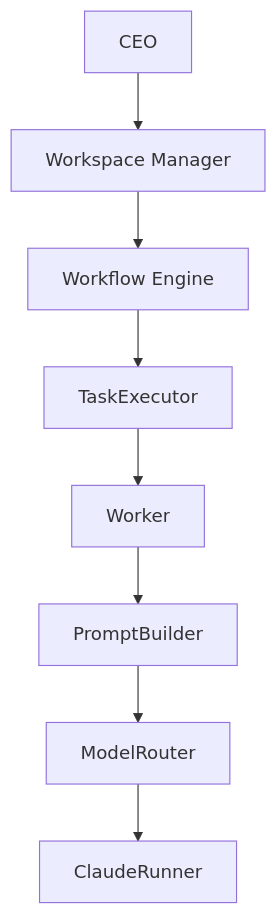
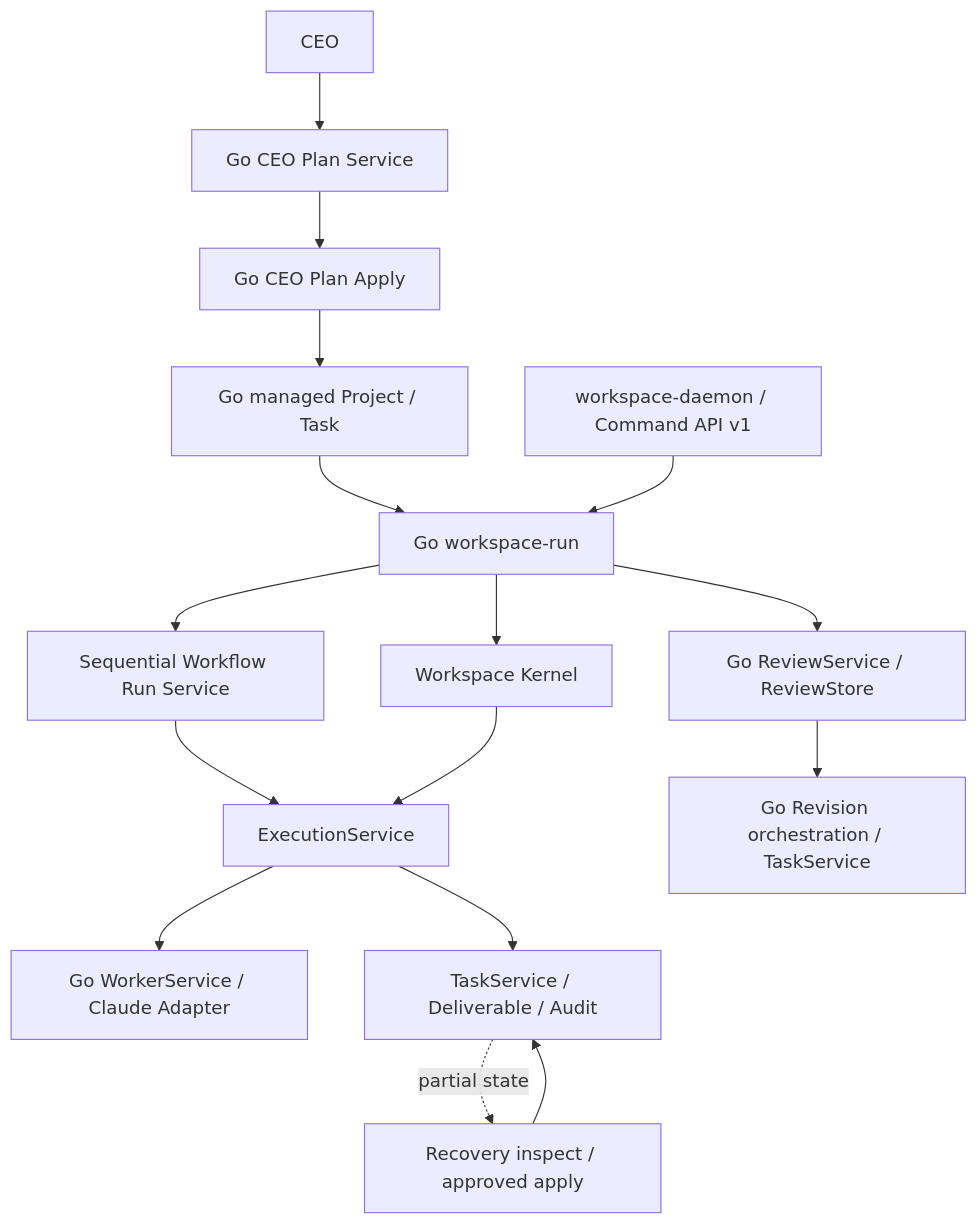
One commit to AkiraShimizu0/WorkCairn changed the diagram in docs/architecture.mmd. Above: the diagram before and after it, drawn with Mermaid. The commit also changed 217 other files, not shown here.

```diff
--- a/docs/architecture.mmd
+++ b/docs/architecture.mmd
@@ -1,8 +1,16 @@
 flowchart TD
-    CEO["CEO"] --> Manager["Workspace Manager"]
-    Manager --> Workflow["Workflow Engine"]
-    Workflow --> Executor["TaskExecutor"]
-    Executor --> Worker["Worker"]
-    Worker --> Prompt["PromptBuilder"]
-    Prompt --> Router["ModelRouter"]
-    Router --> Claude["ClaudeRunner"]
+    CEO["CEO"] --> CEOPlan["Go CEO Plan Service"]
+    CEOPlan --> CEOApply["Go CEO Plan Apply"]
+    CEOApply --> Managed["Go managed Project / Task"]
+    Managed --> Run["Go workspace-run"]
+    API["workspace-daemon / Command API v1"] --> Run
+    Run --> WorkflowRun["Sequential Workflow Run Service"]
+    WorkflowRun --> Execution
+    Run --> Kernel["Workspace Kernel"]
+    Kernel --> Execution["ExecutionService"]
+    Execution --> GoWorker["Go WorkerService / Claude Adapter"]
+    Execution --> Task["TaskService / Deliverable / Audit"]
+    Task -. partial state .-> Recovery["Recovery inspect / approved apply"]
+    Recovery --> Task
+    Run --> Review["Go ReviewService / ReviewStore"]
+    Review --> Revision["Go Revision orchestration / TaskService"]
```
